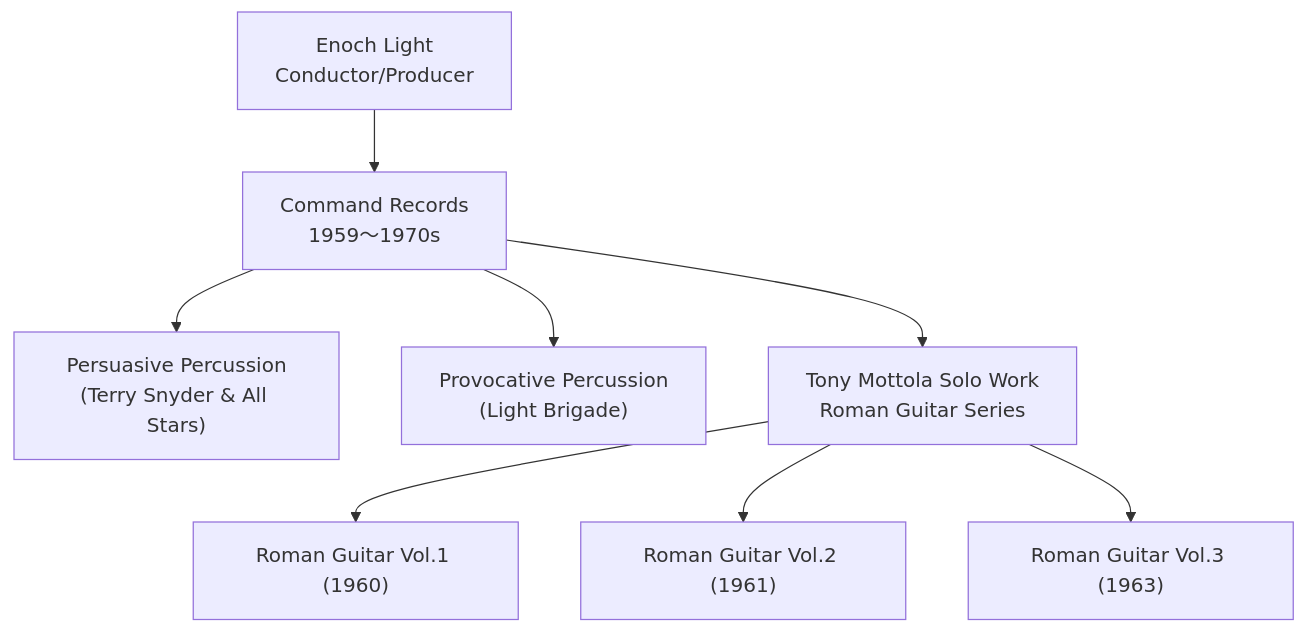
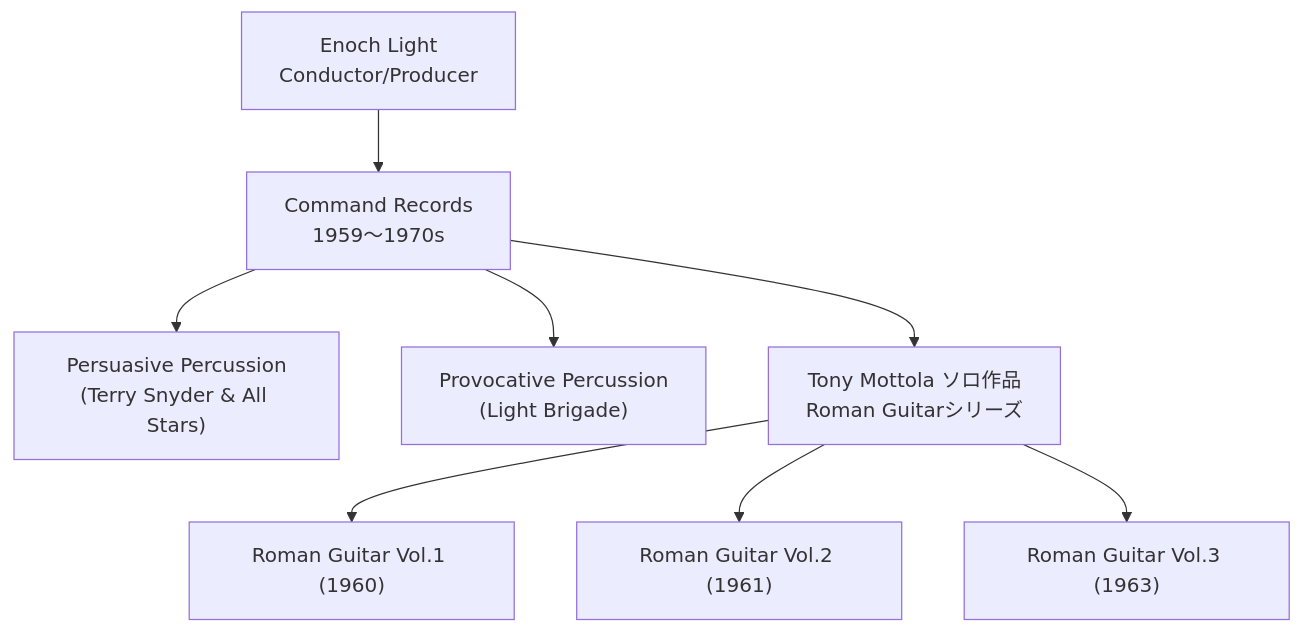
Before and after one commit to monumental-movement/monumental-movement.github.io: the second of 2 diagrams in en/_posts/2025-10-04-Column-Enoch-Light-Command.md, drawn with Mermaid. The commit also changed other lines of this file and 1012 other files, not shown here.

```diff
--- a/en/_posts/2025-10-04-Column-Enoch-Light-Command.md
+++ b/en/_posts/2025-10-04-Column-Enoch-Light-Command.md
@@ -131,12 +131,12 @@
 <div class="mermaid">
 
 flowchart TD
   A["Enoch Light<br>Conductor/Producer"] --> B["Command Records<br>1959〜1970s"]
   B --> C["Persuasive Percussion<br>(Terry Snyder & All Stars)"]
   B --> D["Provocative Percussion<br>(Light Brigade)"]
-  B --> E["Tony Mottola Solo Work<br>Roman Guitar Series"]
+  B --> E["Tony Mottola ソロ作品<br>Roman Guitarシリーズ"]
   E --> F["Roman Guitar Vol.1 (1960)"]
   E --> G["Roman Guitar Vol.2 (1961)"]
   E --> H["Roman Guitar Vol.3 (1963)"]
 
 </div>
```
